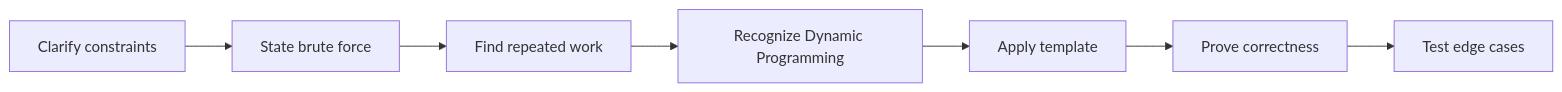
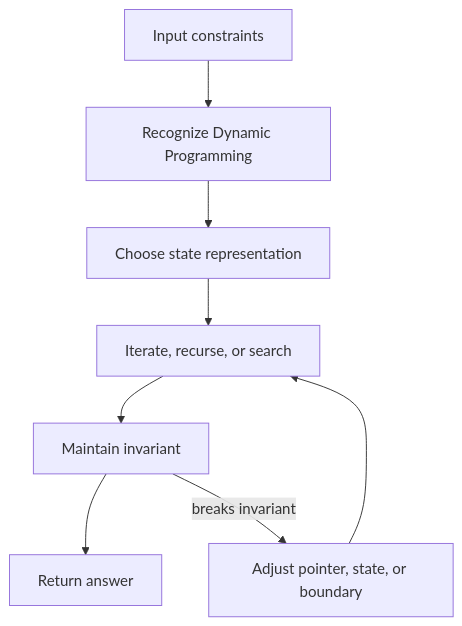
Before and after one commit to abstractinterviews/abstractinterviews.github.io: the second of 2 diagrams in coding-round/patterns/dynamic-programming/index.md, drawn with Mermaid. The commit also changed other lines of this file and 278 other files, not shown here.

````diff
--- a/coding-round/patterns/dynamic-programming/index.md
+++ b/coding-round/patterns/dynamic-programming/index.md
@@ -123,9 +121,10 @@
-~~~mermaid
-flowchart LR
-    A["Clarify constraints"] --> B["State brute force"]
-    B --> C["Find repeated work"]
-    C --> D["Recognize Dynamic Programming"]
-    D --> E["Apply template"]
-    E --> F["Prove correctness"]
-    F --> G["Test edge cases"]
-~~~
+```mermaid
+flowchart TD
+    Input["Input constraints"] --> Pattern["Recognize Dynamic Programming"]
+    Pattern --> State["Choose state representation"]
+    State --> Iterate["Iterate, recurse, or search"]
+    Iterate --> Check["Maintain invariant"]
+    Check --> Result["Return answer"]
+    Check -->|breaks invariant| Fix["Adjust pointer, state, or boundary"]
+    Fix --> Iterate
+```
````
